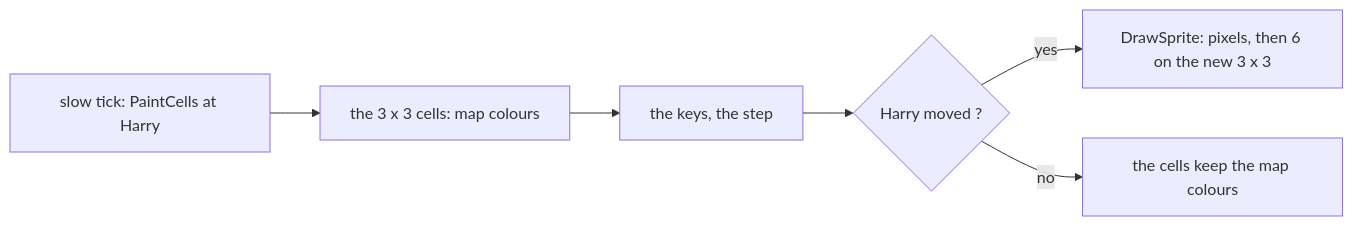
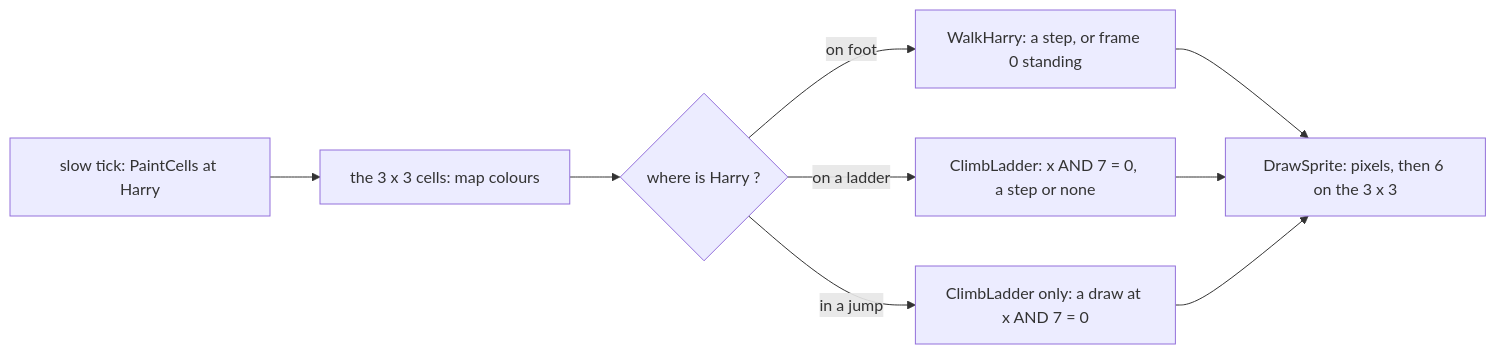
Before and after one commit to alfishe/unrealng-reverse-cases: the fifth of 6 diagrams in games/chuckie-egg/docs/06-rendering.md, drawn with Mermaid. The commit also changed other lines of this file and 49 other files, not shown here.

Commit message:
Chuckie Egg: review rounds 1 and 2 (rvA/B/C 32+27+18 and rv2A/B/C findings fixed in docs and sources; duck-kill threshold, drift landing, Harry redraw, heatmap and sprite sheet redrawn)

````diff
--- a/games/chuckie-egg/docs/06-rendering.md
+++ b/games/chuckie-egg/docs/06-rendering.md
@@ -628,8 +640,11 @@
 ```mermaid
 flowchart LR
     A["slow tick: PaintCells at Harry"] --> B["the 3 x 3 cells: map colours"]
-    B --> C["the keys, the step"]
-    C --> D{"Harry moved ?"}
-    D -->|"yes"| E["DrawSprite: pixels, then 6 on the new 3 x 3"]
-    D -->|"no"| F["the cells keep the map colours"]
+    B --> C{"where is Harry ?"}
+    C -->|"on foot"| D["WalkHarry: a step, or frame 0 standing"]
+    C -->|"on a ladder"| E["ClimbLadder: x AND 7 = 0, a step or none"]
+    C -->|"in a jump"| F["ClimbLadder only: a draw at x AND 7 = 0"]
+    D --> G["DrawSprite: pixels, then 6 on the 3 x 3"]
+    E --> G
+    F --> G
 ```
````
